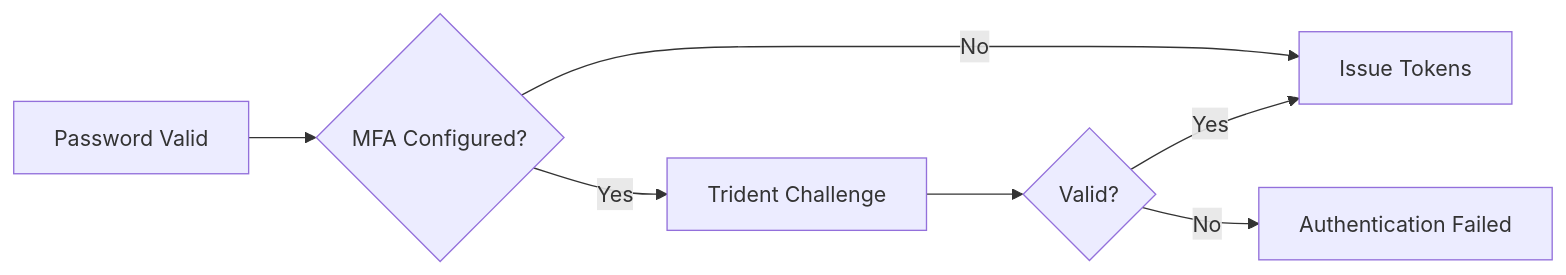
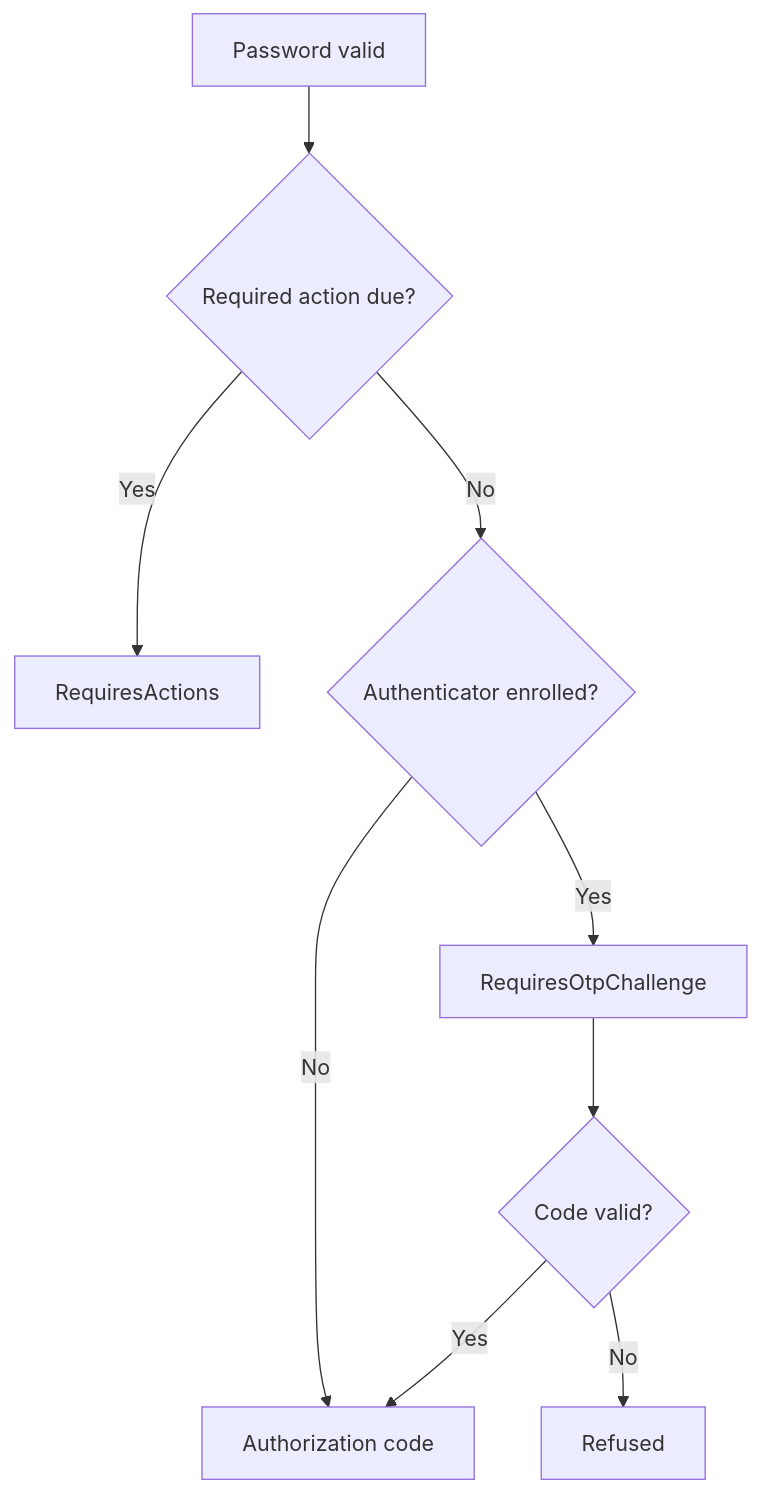
Before and after one commit to ferriskey/website: the diagram in apps/docs/src/content/docs/modules/default/en/trident/overview.mdx, drawn with Mermaid. The commit also changed other lines of this file and 152 other files, not shown here.

````diff
--- a/apps/docs/src/content/docs/modules/default/en/trident/overview.mdx
+++ b/apps/docs/src/content/docs/modules/default/en/trident/overview.mdx
@@ -39,9 +39,11 @@
 ```mermaid
-graph LR
-    A[Password Valid] --> B{MFA Configured?}
-    B -->|No| C[Issue Tokens]
-    B -->|Yes| D[Trident Challenge]
-    D --> E{Valid?}
-    E -->|Yes| C
-    E -->|No| F[Authentication Failed]
+graph TD
+    A[Password valid] --> B{Required action due?}
+    B -->|Yes| C[RequiresActions]
+    B -->|No| D{Authenticator enrolled?}
+    D -->|Yes| E[RequiresOtpChallenge]
+    D -->|No| F[Authorization code]
+    E --> G{Code valid?}
+    G -->|Yes| F
+    G -->|No| H[Refused]
 ```
````
